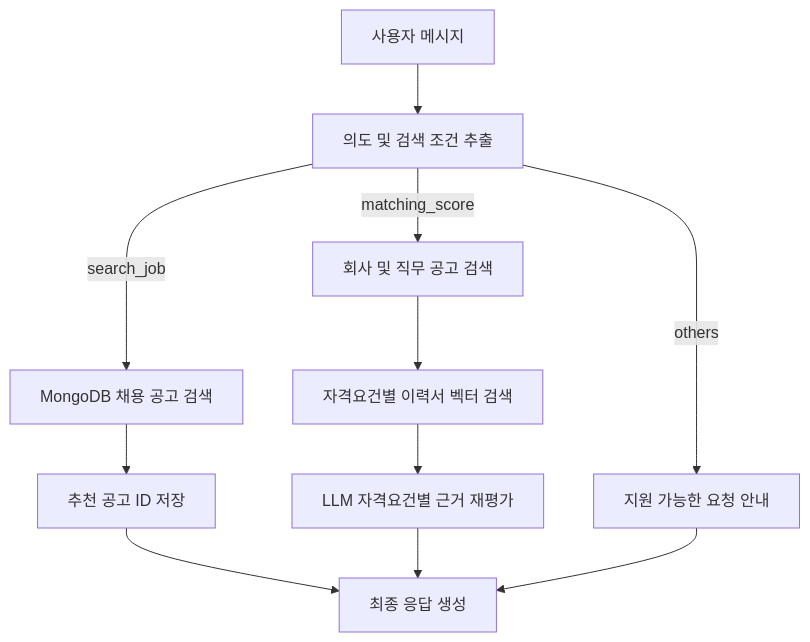
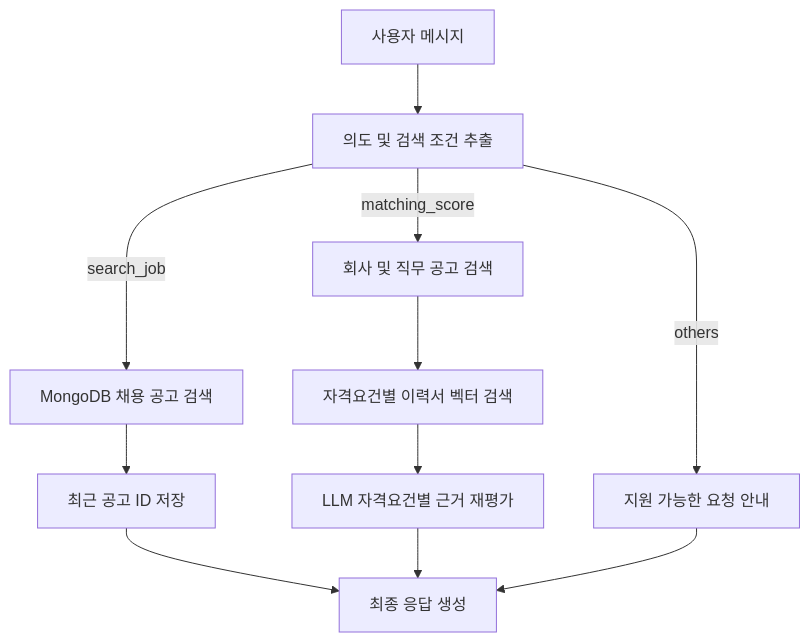
Before and after one commit to qwerty0911/job-fit-agent: the second of 5 diagrams in readme.md, drawn with Mermaid. The commit also changed other lines of this file, not shown here.

````diff
--- a/readme.md
+++ b/readme.md
@@ -56,15 +81,13 @@
 ```mermaid
 flowchart TD
     A[사용자 메시지] --> B[의도 및 검색 조건 추출]
     B -->|search_job| C[MongoDB 채용 공고 검색]
     B -->|matching_score| D[회사 및 직무 공고 검색]
     B -->|others| H[지원 가능한 요청 안내]
-
-    C --> E[추천 공고 ID 저장]
+    C --> E[최근 공고 ID 저장]
     D --> F[자격요건별 이력서 벡터 검색]
     F --> G[LLM 자격요건별 근거 재평가]
-
     E --> I[최종 응답 생성]
     G --> I
     H --> I
 ```
````
